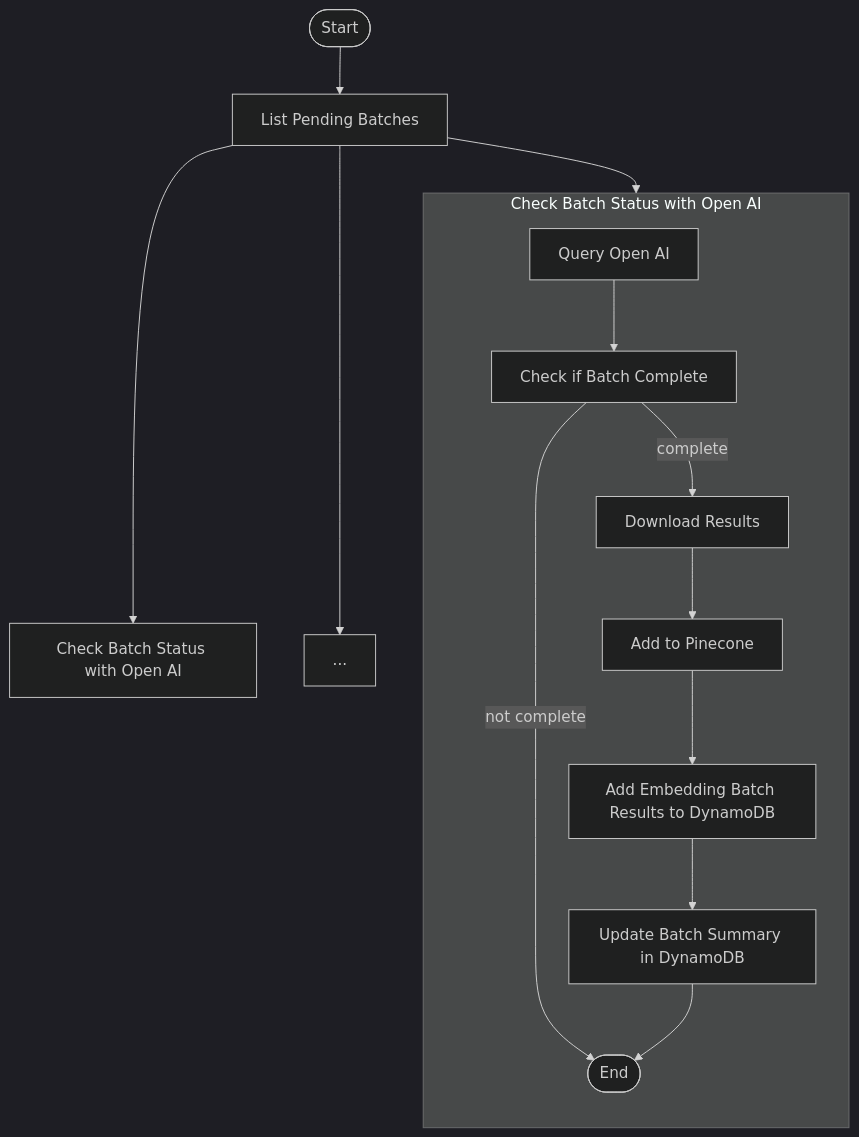
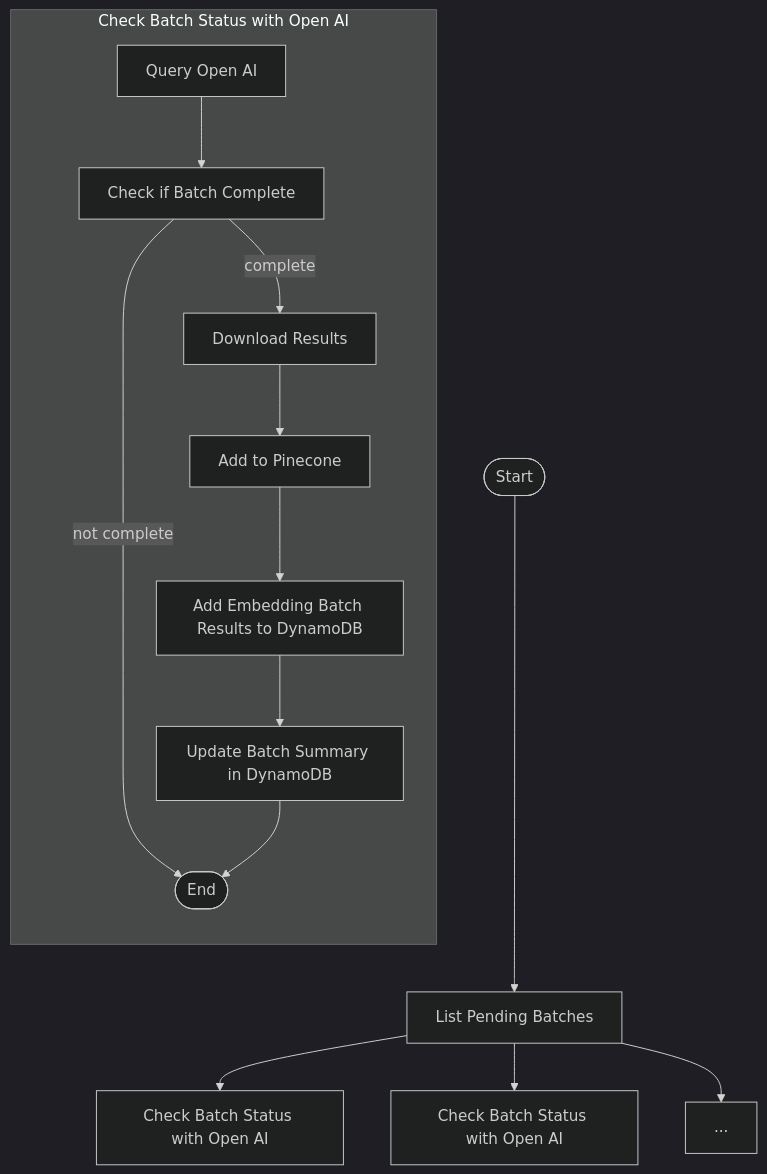
The diagram in receipt_label/receipt_label/poll_embedding_batch/README.md (tnorlund/Portfolio), drawn with Mermaid (dark theme) before and after one commit.

````diff
--- a/receipt_label/receipt_label/poll_embedding_batch/README.md
+++ b/receipt_label/receipt_label/poll_embedding_batch/README.md
@@ -5,19 +5,19 @@
 ```mermaid
 flowchart TD
     Start([Start]) --> ListPendingEmbeddingBatches["List Pending Batches"]
-    ListPendingEmbeddingBatches --> RetrieveBatchStatus["Check Batch Status with Open AI"]
+    ListPendingEmbeddingBatches --> RetrieveBatchStatus0["Check Batch Status with Open AI"]
     ListPendingEmbeddingBatches --> RetrieveBatchStatus1["Check Batch Status with Open AI"]
     ListPendingEmbeddingBatches --> RetrieveBatchEllipsis["..."]
 
     subgraph "Check Batch Status with Open AI"
         direction TB
         RetrieveBatchStatus["Query Open AI"] --> IsBatchComplete["Check if Batch Complete"]
         IsBatchComplete -->|complete| DownloadResults["Download Results"]
         IsBatchComplete -->|not complete| End([End])
         DownloadResults --> UpsertPinecone["Add to Pinecone"]
         UpsertPinecone --> AddEmbeddingBatchResult["Add Embedding Batch Results to DynamoDB"]
         AddEmbeddingBatchResult --> UpdateBatchSummary["Update Batch Summary in DynamoDB"]
     end
 
     UpdateBatchSummary --> End([End])
 ```
````
